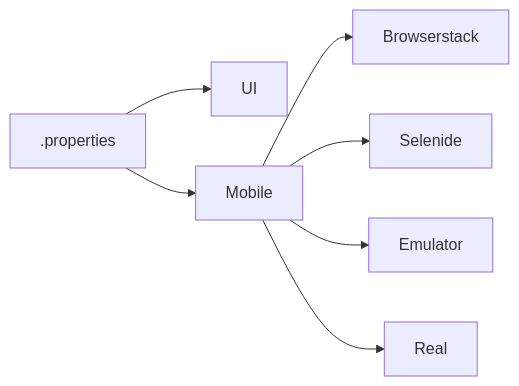
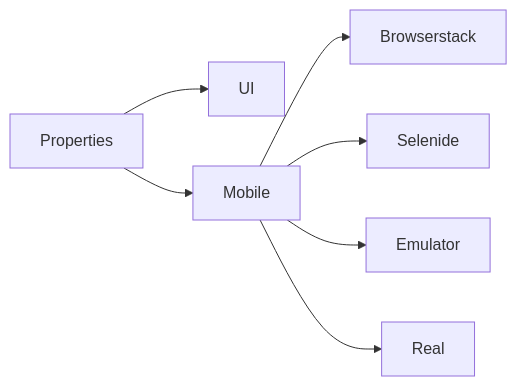
The second of 2 diagrams in README.md (vasilevda/qa-guru-hw25), drawn with Mermaid before and after one commit. The commit also changed other lines of this file, not shown here.

````diff
--- a/README.md
+++ b/README.md
@@ -78,9 +91,9 @@
 ```mermaid
 graph LR
-A[.properties] --> B[UI]
-A[.properties] --> C[Mobile]
+A[Properties] --> B[UI]
+A[Properties] --> C[Mobile]
 C --> D[Browserstack]
 C --> E[Selenide]
 C --> F[Emulator]
 C --> G[Real]
 ```
````
